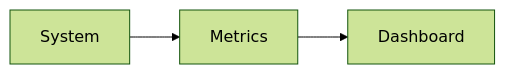
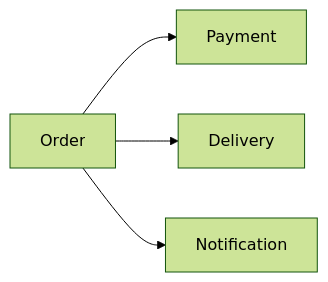
The eighth of 11 diagrams in systemdesign/7. Performance and Latency Considerations/Concept.md (dbajajmnk/systemdesign), drawn with Mermaid (forest theme) before and after one commit. The commit also changed other lines of this file and 4 other files, not shown here.

````diff
--- a/systemdesign/7. Performance and Latency Considerations/Concept.md
+++ b/systemdesign/7. Performance and Latency Considerations/Concept.md
@@ -315,4 +232,9 @@
 ```mermaid
 flowchart LR
-    System --> Metrics --> Dashboard
+
+Order --> Payment
+
+Order --> Delivery
+
+Order --> Notification
 ```
````
